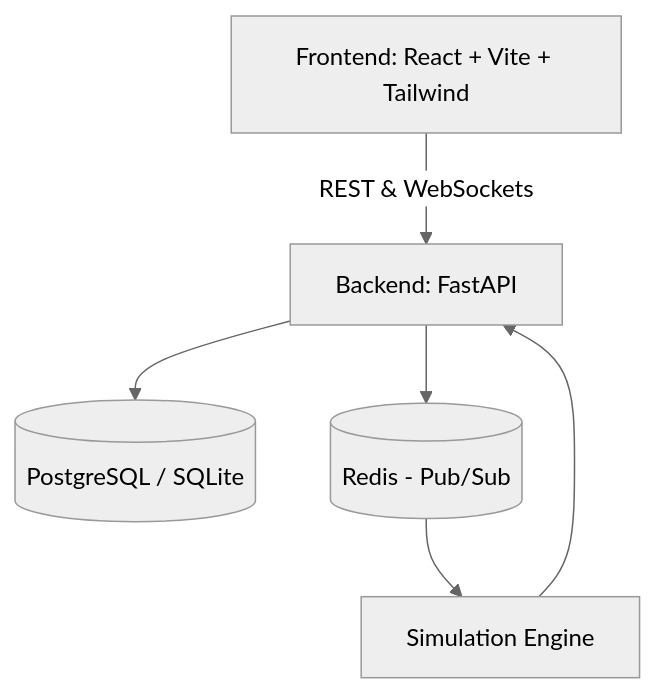
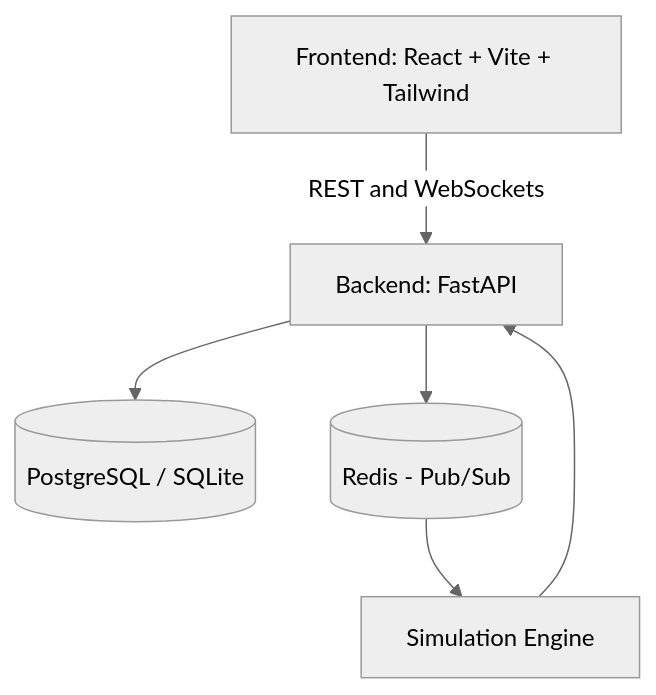
The diagram in safety-sparkle-vision-main/README.md (anshumanvatsa/construction-digital-twin), drawn with Mermaid (neutral theme) before and after one commit. The commit also changed other lines of this file, not shown here.

Commit message:
docs: fix mermaid rendering and update live url port to 4009

````diff
--- a/safety-sparkle-vision-main/README.md
+++ b/safety-sparkle-vision-main/README.md
@@ -41,8 +41,8 @@
 ```mermaid
 graph TD
-    UI[Frontend: React + Vite + Tailwind] -->|REST & WebSockets| API[Backend: FastAPI]
-    API --> DB[(PostgreSQL / SQLite)]
-    API --> Cache[(Redis - Pub/Sub)]
-    Cache --> Engine[Simulation Engine]
+    UI["Frontend: React + Vite + Tailwind"] -->|"REST and WebSockets"| API["Backend: FastAPI"]
+    API --> DB[("PostgreSQL / SQLite")]
+    API --> Cache[("Redis - Pub/Sub")]
+    Cache --> Engine["Simulation Engine"]
     Engine --> API
 ```
````
